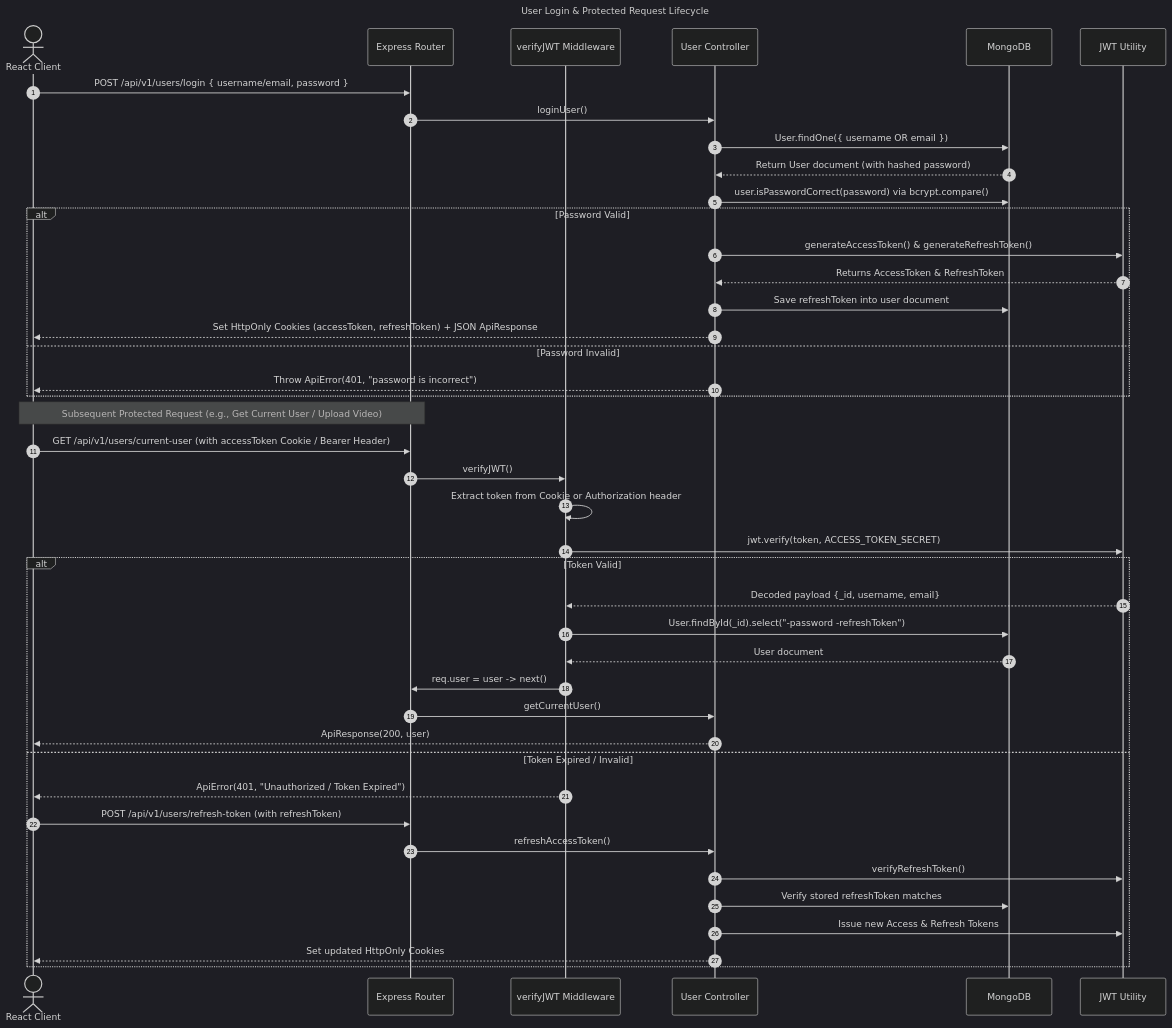
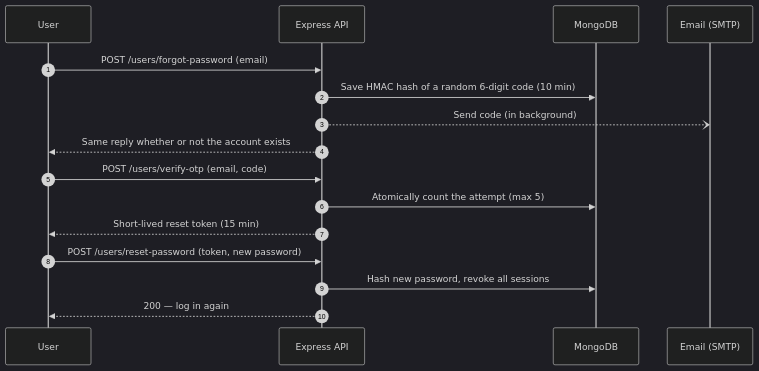
Before and after one commit to vikrant48/Video_Mela_backend: the fourth of 6 diagrams in README.md, drawn with Mermaid (dark theme). The commit also changed other lines of this file, not shown here.

First line of the commit message:
docs: rewrite README with architecture, flows and security overview

````diff
--- a/README.md
+++ b/README.md
@@ -107,51 +121,19 @@
 ```mermaid
 sequenceDiagram
     autonumber
-    actor Client as React Client
-    participant API as Express Router
-    participant Auth as verifyJWT Middleware
-    participant Controller as User Controller
+    participant U as User
+    participant API as Express API
     participant DB as MongoDB
-    participant JWT as JWT Utility
+    participant M as Email (SMTP)
 
-    title User Login & Protected Request Lifecycle
-
-    Client->>API: POST /api/v1/users/login { username/email, password }
-    API->>Controller: loginUser()
-    Controller->>DB: User.findOne({ username OR email })
-    DB-->>Controller: Return User document (with hashed password)
-    Controller->>DB: user.isPasswordCorrect(password) via bcrypt.compare()
-
-    alt Password Valid
-        Controller->>JWT: generateAccessToken() & generateRefreshToken()
-        JWT-->>Controller: Returns AccessToken & RefreshToken
-        Controller->>DB: Save refreshToken into user document
-        Controller-->>Client: Set HttpOnly Cookies (accessToken, refreshToken) + JSON ApiResponse
-    else Password Invalid
-        Controller-->>Client: Throw ApiError(401, "password is incorrect")
-    end
-
-    note over Client, API: Subsequent Protected Request (e.g., Get Current User / Upload Video)
-
-    Client->>API: GET /api/v1/users/current-user (with accessToken Cookie / Bearer Header)
-    API->>Auth: verifyJWT()
-    Auth->>Auth: Extract token from Cookie or Authorization header
-    Auth->>JWT: jwt.verify(token, ACCESS_TOKEN_SECRET)
-    
-    alt Token Valid
-        JWT-->>Auth: Decoded payload {_id, username, email}
-        Auth->>DB: User.findById(_id).select("-password -refreshToken")
-        DB-->>Auth: User document
-        Auth->>API: req.user = user -> next()
-        API->>Controller: getCurrentUser()
-        Controller-->>Client: ApiResponse(200, user)
-    else Token Expired / Invalid
-        Auth-->>Client: ApiError(401, "Unauthorized / Token Expired")
-        Client->>API: POST /api/v1/users/refresh-token (with refreshToken)
-        API->>Controller: refreshAccessToken()
-        Controller->>JWT: verifyRefreshToken()
-        Controller->>DB: Verify stored refreshToken matches
-        Controller->>JWT: Issue new Access & Refresh Tokens
-        Controller-->>Client: Set updated HttpOnly Cookies
-    end
+    U->>API: POST /users/forgot-password (email)
+    API->>DB: Save HMAC hash of a random 6-digit code (10 min)
+    API--)M: Send code (in background)
+    API-->>U: Same reply whether or not the account exists
+    U->>API: POST /users/verify-otp (email, code)
+    API->>DB: Atomically count the attempt (max 5)
+    API-->>U: Short-lived reset token (15 min)
+    U->>API: POST /users/reset-password (token, new password)
+    API->>DB: Hash new password, revoke all sessions
+    API-->>U: 200 — log in again
 ```
````
